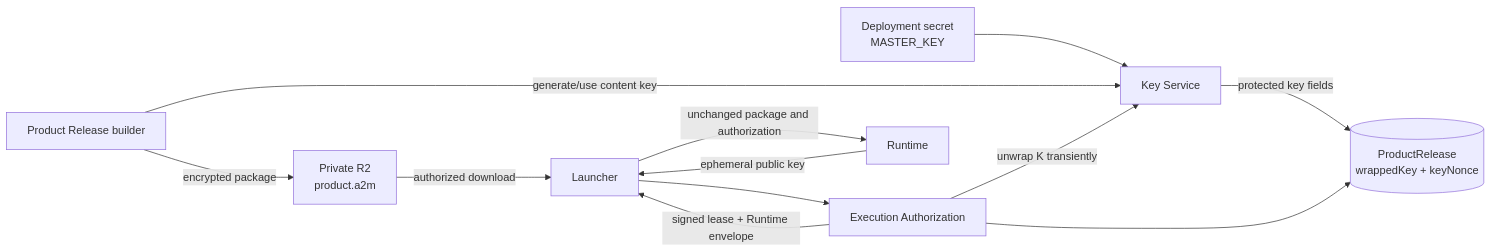
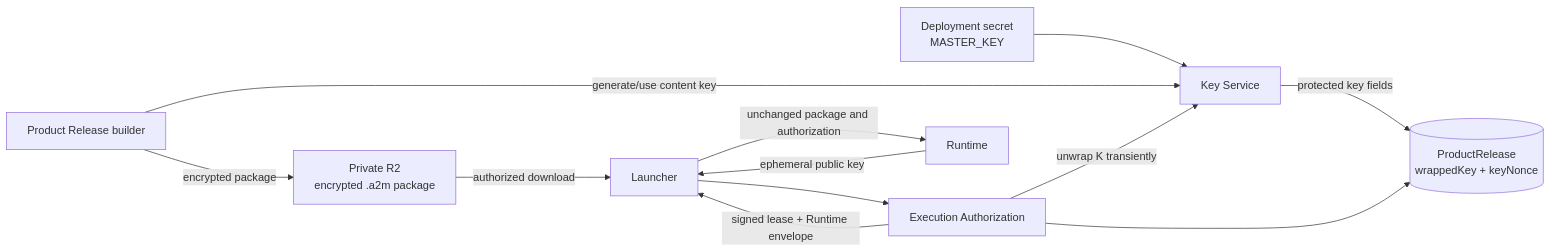
Before and after one commit to A2MaTex/a2matex-docs: the diagram in specifications/cryptographic_key_security.md, drawn with Mermaid. The commit also changed other lines of this file and 13 other files, not shown here.

````diff
--- a/specifications/cryptographic_key_security.md
+++ b/specifications/cryptographic_key_security.md
@@ -14,23 +14,23 @@
 ```mermaid
 flowchart LR
     SM[Deployment secret<br/>MASTER_KEY]
     B[Product Release builder]
     KS[Key Service]
     PR[(ProductRelease<br/>wrappedKey + keyNonce)]
-    R2[Private R2<br/>product.a2m]
+    R2[Private R2<br/>encrypted .a2m package]
     API[Execution Authorization]
     LA[Launcher]
     RT[Runtime]
 
     SM --> KS
     B -->|generate/use content key| KS
     KS -->|protected key fields| PR
     B -->|encrypted package| R2
     R2 -->|authorized download| LA
     RT -->|ephemeral public key| LA
     LA --> API
     API --> PR
     API -->|unwrap K transiently| KS
     API -->|signed lease + Runtime envelope| LA
     LA -->|unchanged package and authorization| RT
 ```
````
